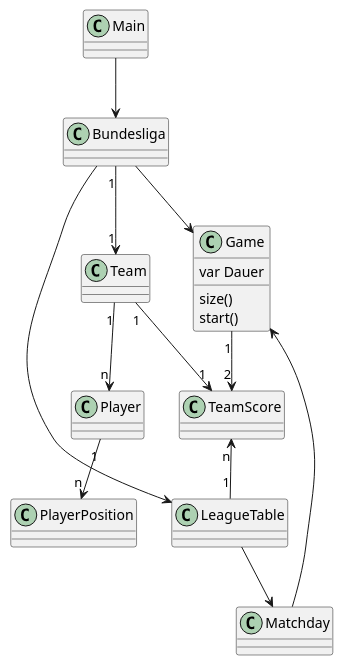
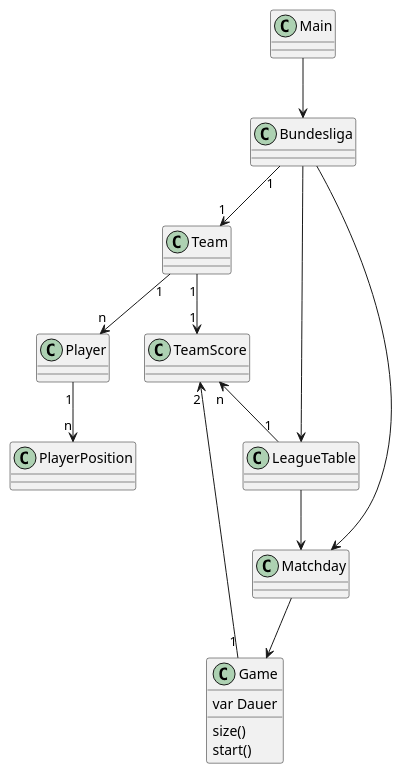
Before and after one commit to stefandotl/TerminalFootballManager: the diagram in src/Class.puml, drawn with PlantUML. The commit also changed 17 other files, not shown here.

```diff
--- a/src/Class.puml
+++ b/src/Class.puml
@@ -1,32 +1,32 @@
 @startuml
 'https://plantuml.com/class-diagram
 
 class Main
 class Bundesliga
 class Game
 class Team
 class TeamScore
 
 Bundesliga "1"-->"1" Team
 Bundesliga --> LeagueTable
-Bundesliga --> Game
+Bundesliga --> Matchday
+Matchday --> Game
 Team "1"-->"n" Player
 Team "1"-->"1" TeamScore
 TeamScore "n"<--"1" LeagueTable
 'LeagueTable "1"<--"n" TeamScore
 Player "1"-->"n" PlayerPosition
 Game "1"-->"2" TeamScore
 Main --> Bundesliga
 LeagueTable --> Matchday
-Matchday --> Game
 
 class Game {
 var Dauer
 size()
 start()
 }
 
 
 
 
 @enduml
```
